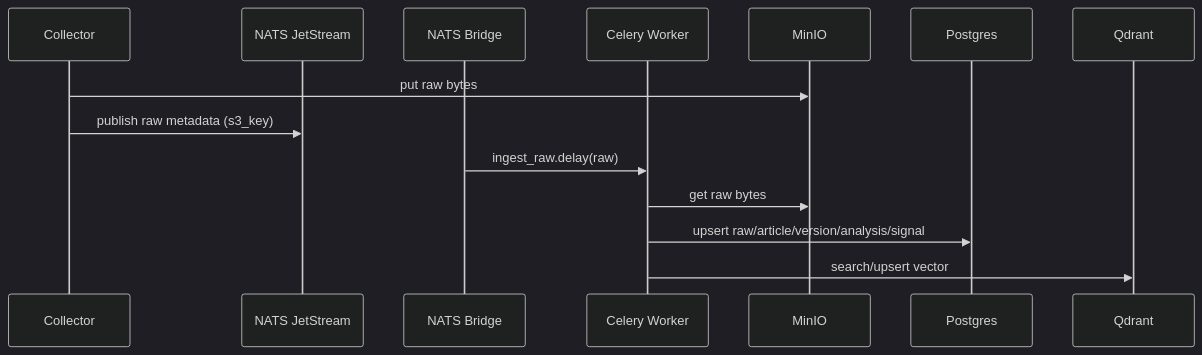
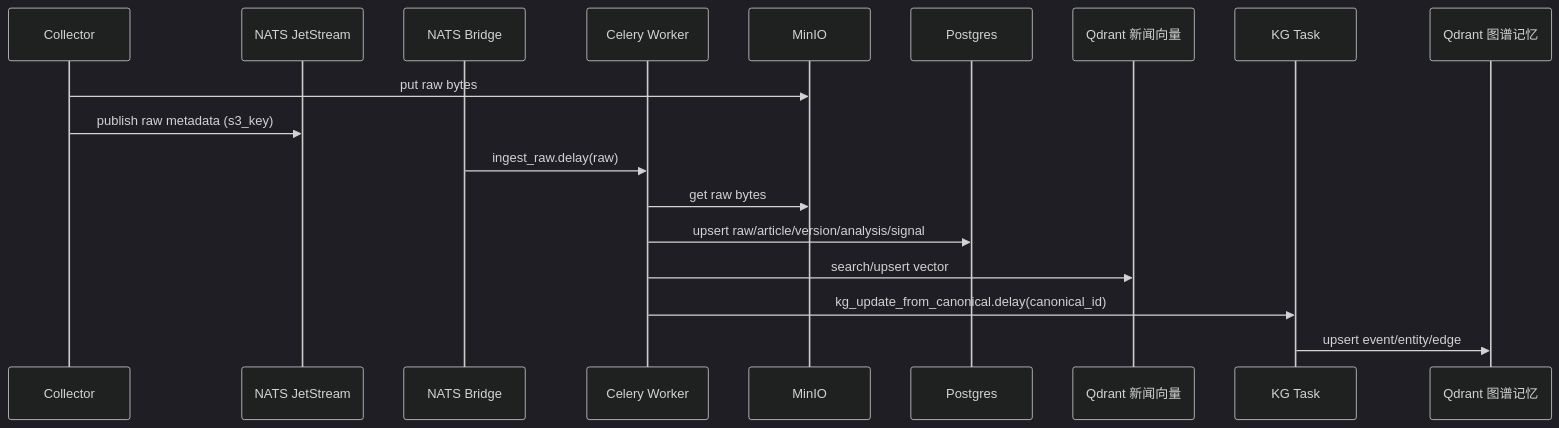
Before and after one commit to 1376524890/tx-news: the fifth of 6 diagrams in README.md, drawn with Mermaid (dark theme). The commit also changed other lines of this file and 8 other files, not shown here.

````diff
--- a/README.md
+++ b/README.md
@@ -353,16 +451,20 @@
 ```mermaid
 sequenceDiagram
   participant Collector
   participant NATS as NATS JetStream
   participant Bridge as NATS Bridge
   participant Celery as Celery Worker
   participant S3 as MinIO
   participant PG as Postgres
-  participant Q as Qdrant
+  participant Q as Qdrant 新闻向量
+  participant KG as KG Task
+  participant GQ as Qdrant 图谱记忆
   Collector->>S3: put raw bytes
   Collector->>NATS: publish raw metadata (s3_key)
   Bridge->>Celery: ingest_raw.delay(raw)
   Celery->>S3: get raw bytes
   Celery->>PG: upsert raw/article/version/analysis/signal
   Celery->>Q: search/upsert vector
+  Celery->>KG: kg_update_from_canonical.delay(canonical_id)
+  KG->>GQ: upsert event/entity/edge
 ```
````
